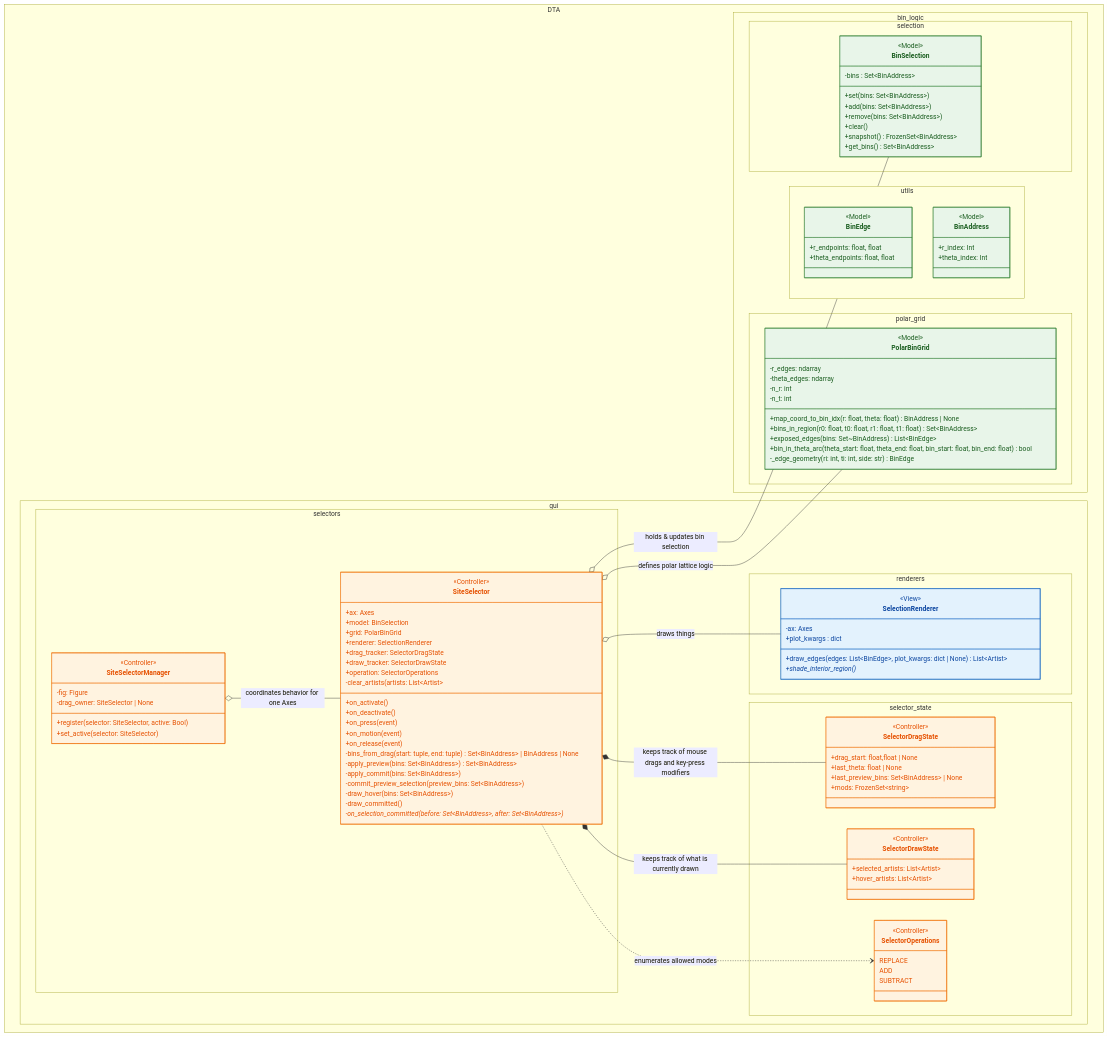
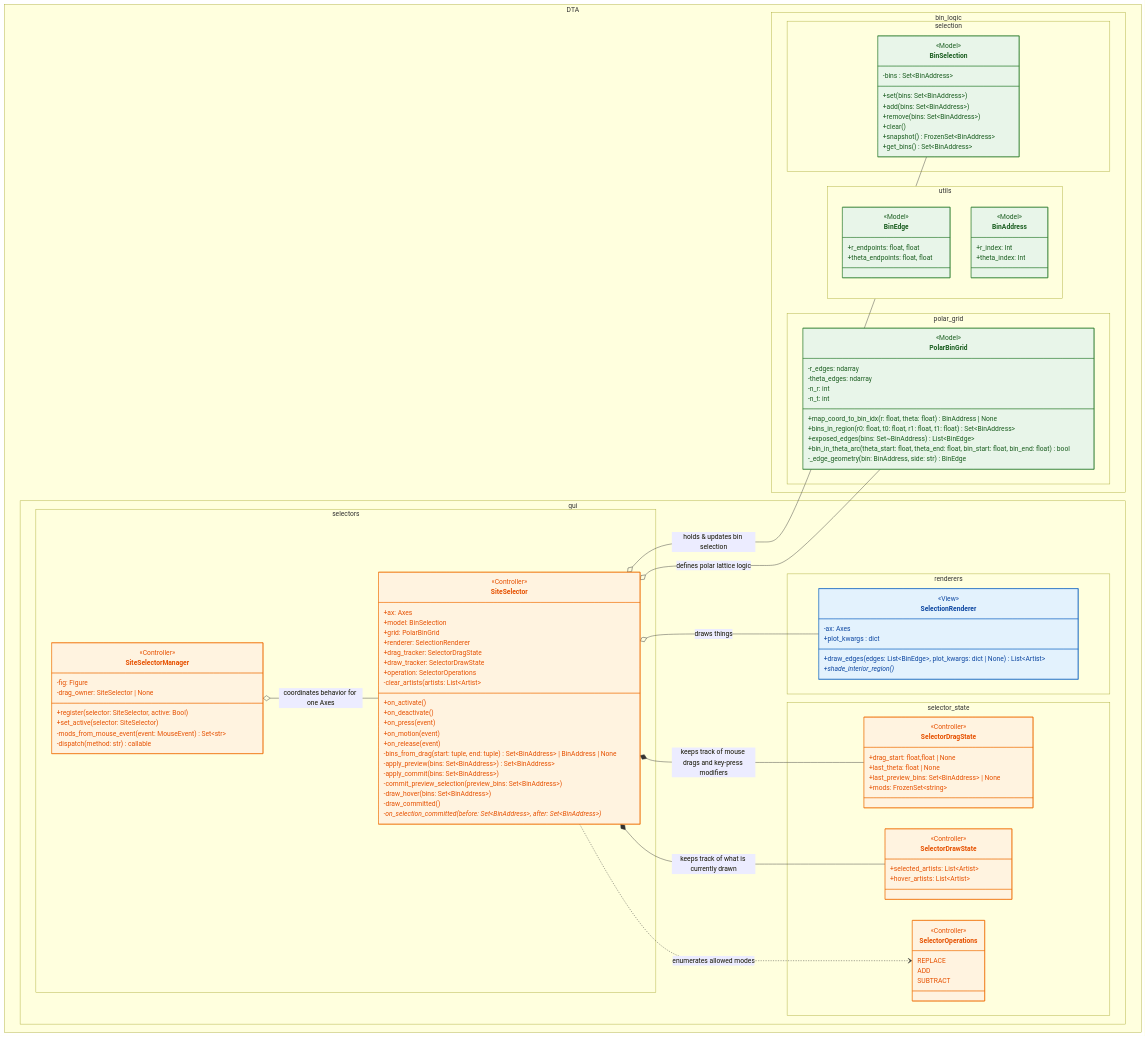
The first of 2 diagrams in python/DTA/gui/README.md (BranniganLab/density_threshold_affinity), drawn with Mermaid before and after one commit.

Commit message:
Update parameter name in _edge_geometry function

```diff
--- a/python/DTA/gui/README.md
+++ b/python/DTA/gui/README.md
@@ -97,7 +97,7 @@
     +bins_in_region(r0: float, t0: float, r1: float, t1: float) Set~BinAddress~
     +exposed_edges(bins: Set~BinAddress) List~BinEdge~
     +bin_in_theta_arc(theta_start: float, theta_end: float, bin_start: float, bin_end: float) bool
-    -_edge_geometry(ri: int, ti: int, side: str) BinEdge
+    -_edge_geometry(bin: BinAddress, side: str) BinEdge
 }
 }
 
@@ -180,6 +180,8 @@
     -drag_owner: SiteSelector | None
     +register(selector: SiteSelector, active: Bool)
     +set_active(selector: SiteSelector)
+    -mods_from_mouse_event(event: MouseEvent) Set~str~
+    -dispatch(method: str) callable 
 }
 }
 %% =========================
```
